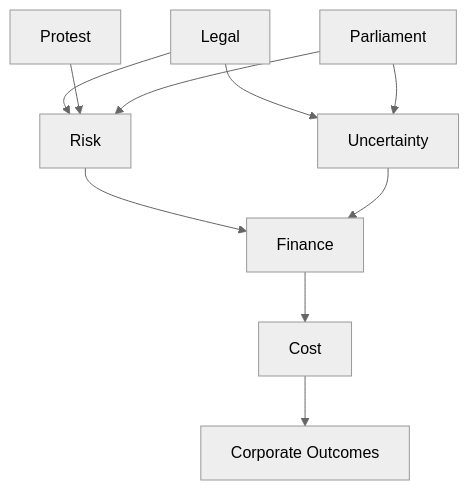
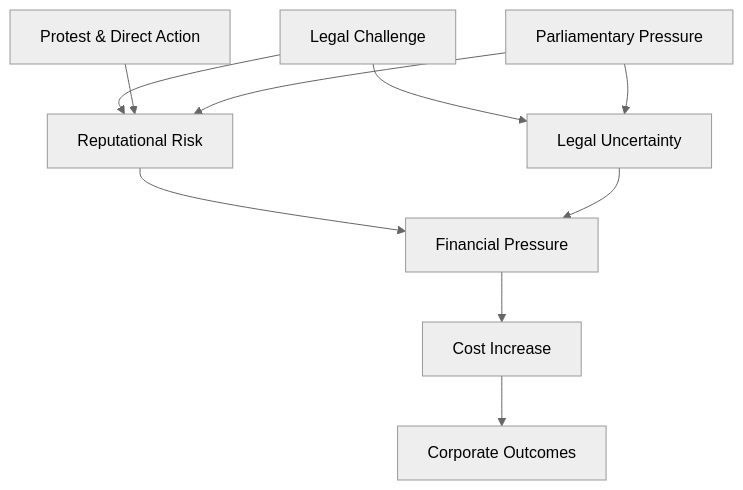
Before and after one commit to josefsbreakfast/Polaris-Protocol: the second of 3 diagrams in Disruption_Kit/Big_Picture_Protocols/🌀_System_Governance/⚖️_Legal_State_Governance/⚖️_elbit_systems_uk_legal_structure.md, drawn with Mermaid (neutral theme). The commit also changed other lines of this file, not shown here.

````diff
--- a/Disruption_Kit/Big_Picture_Protocols/🌀_System_Governance/⚖️_Legal_State_Governance/⚖️_elbit_systems_uk_legal_structure.md
+++ b/Disruption_Kit/Big_Picture_Protocols/🌀_System_Governance/⚖️_Legal_State_Governance/⚖️_elbit_systems_uk_legal_structure.md
@@ -148,24 +114,24 @@
 ```mermaid
 flowchart TB
-    L[Legal]
-    P[Protest]
-    G[Parliament]
-    F[Finance]
+    L[Legal Challenge]
+    P[Protest & Direct Action]
+    G[Parliamentary Pressure]
+    F[Financial Pressure]
 
-    R[Risk]
-    U[Uncertainty]
-    C[Cost]
+    R[Reputational Risk]
+    U[Legal Uncertainty]
+    C[Cost Increase]
 
     O[Corporate Outcomes]
 
     L --> U
     L --> R
     P --> R
     G --> R
     G --> U
 
     R --> F
     U --> F
     F --> C
     C --> O
 ```
````
